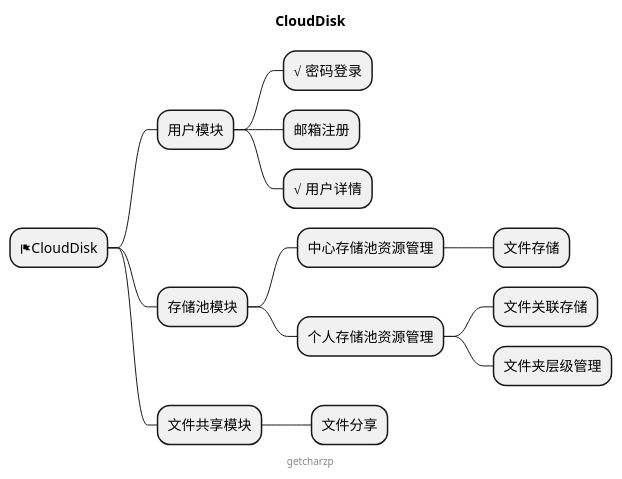
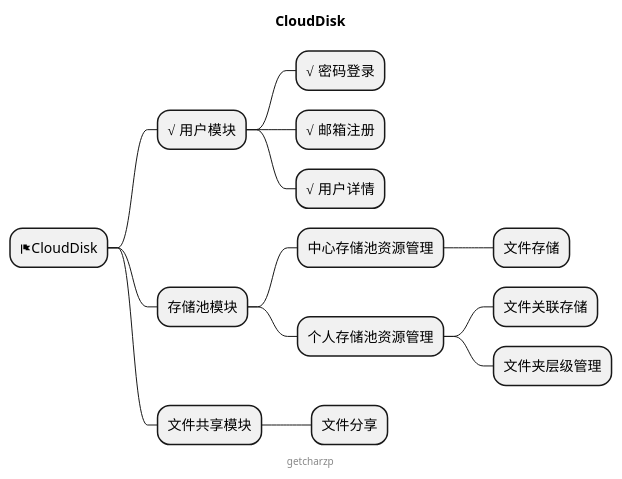
The diagram in MIND.puml (GetcharZp/cloud-disk), drawn with PlantUML before and after one commit. The commit also changed 17 other files, not shown here.

```diff
--- a/MIND.puml
+++ b/MIND.puml
@@ -1,21 +1,21 @@
 @startmindmap
 
 title CloudDisk
 
 * <&flag>CloudDisk
-** 用户模块
+** √ 用户模块
 *** √ 密码登录
-*** 邮箱注册
+*** √ 邮箱注册
 *** √ 用户详情
 ** 存储池模块
 *** 中心存储池资源管理
 **** 文件存储
 *** 个人存储池资源管理
 **** 文件关联存储
 **** 文件夹层级管理
 ** 文件共享模块
 *** 文件分享
 
 center footer getcharzp
 
 @endmindmap
```
